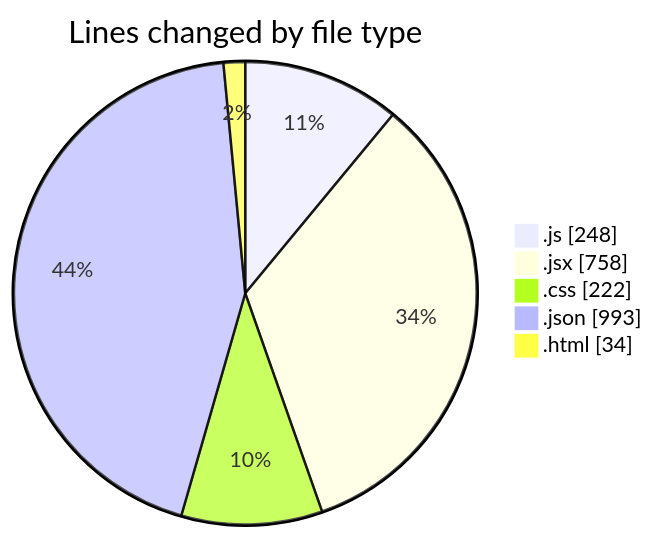
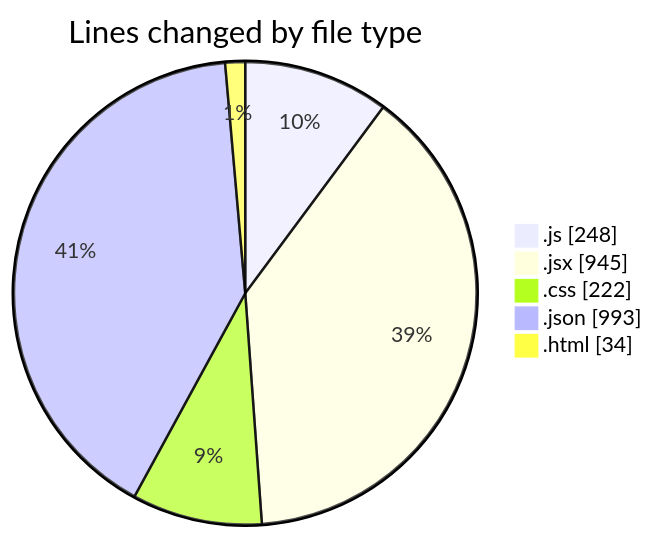
The first of 2 diagrams in 2025-07-01/urlwebwalatask/README.md (Ritupan-Deka/code-tracking), drawn with Mermaid before and after one commit. The commit also changed other lines of this file and 1 other file, not shown here.

````diff
--- a/2025-07-01/urlwebwalatask/README.md
+++ b/2025-07-01/urlwebwalatask/README.md
@@ -31,9 +31,9 @@
 ```mermaid
 pie showData
 title Lines changed by file type
 ".js" : 248
-".jsx" : 758
+".jsx" : 945
 ".css" : 222
 ".json" : 993
 ".html" : 34
 ```
````
